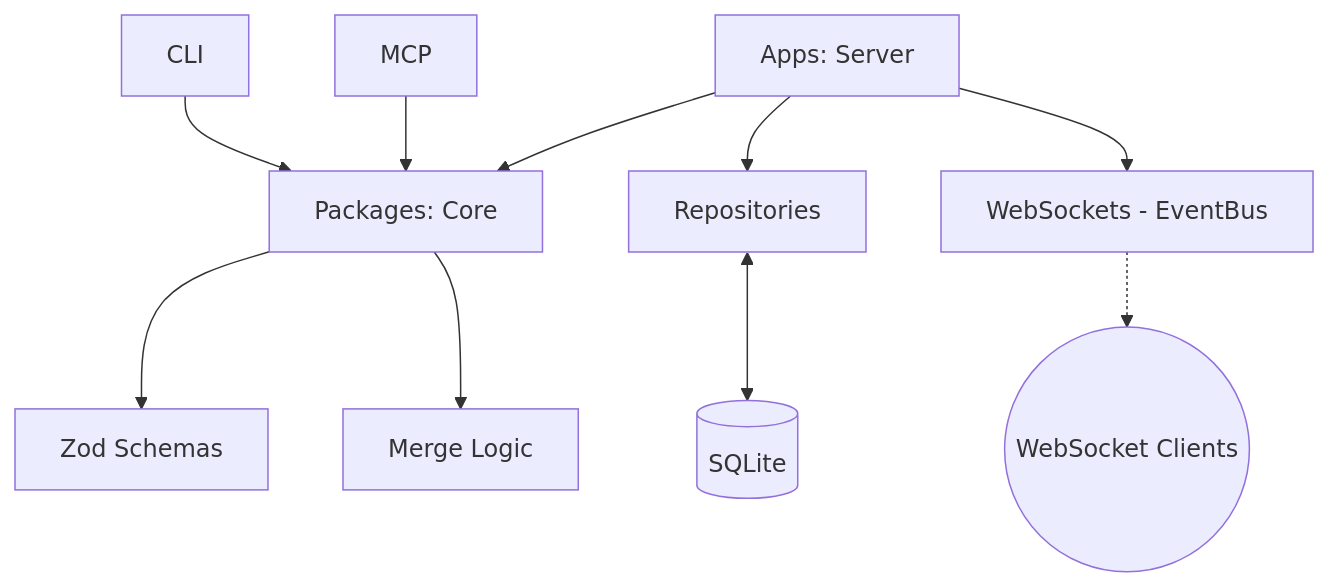
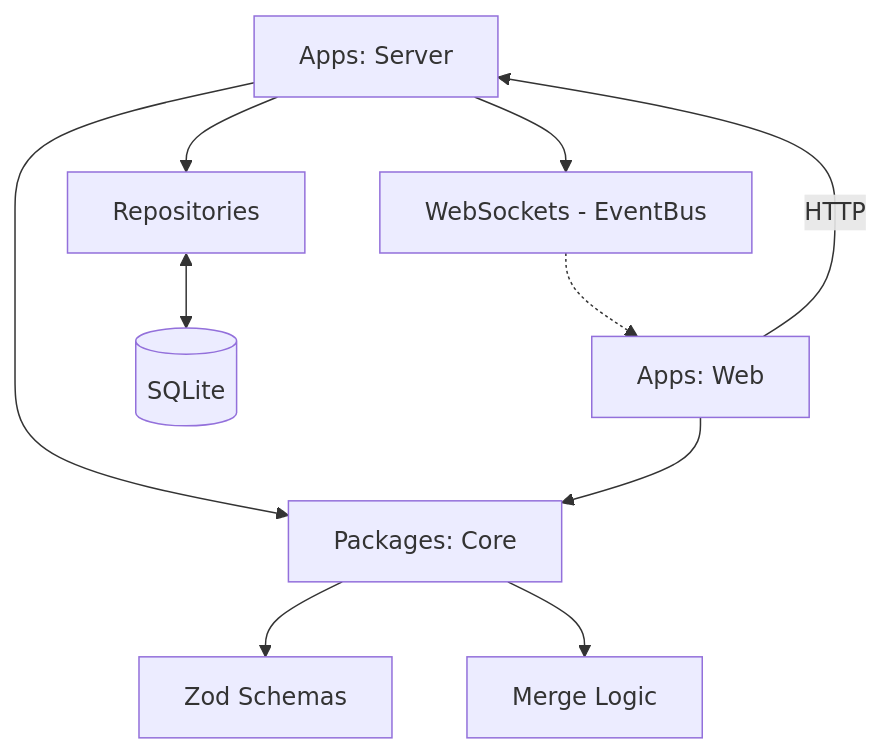
Before and after one commit to LoFi-Monk/github-project-management: the diagram in .agent/docs/architecture/01-overview.md, drawn with Mermaid. The commit also changed other lines of this file and 27 other files, not shown here.

First line of the commit message:
feat: GitHub Integration (OAuth Device Flow) (#21)

````diff
--- a/.agent/docs/architecture/01-overview.md
+++ b/.agent/docs/architecture/01-overview.md
@@ -42,13 +44,13 @@
 ```mermaid
 graph TD
     Core[Packages: Core] --> Schema[Zod Schemas]
     Core --> Merge[Merge Logic]
     Server[Apps: Server] --> Core
+    Web[Apps: Web] --> Core
+    Web -- HTTP --> Server
     Server --> Repo[Repositories]
     Server --> WS[WebSockets - EventBus]
-    CLI --> Core
-    MCP --> Core
-
-    WS -.-> Clients((WebSocket Clients))
+    
+    WS -.-> Web
     Repo <--> DB[(SQLite)]
 ```
````
